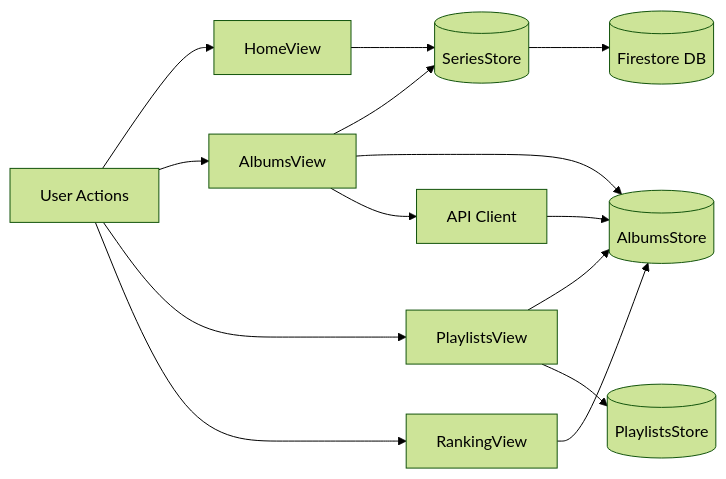
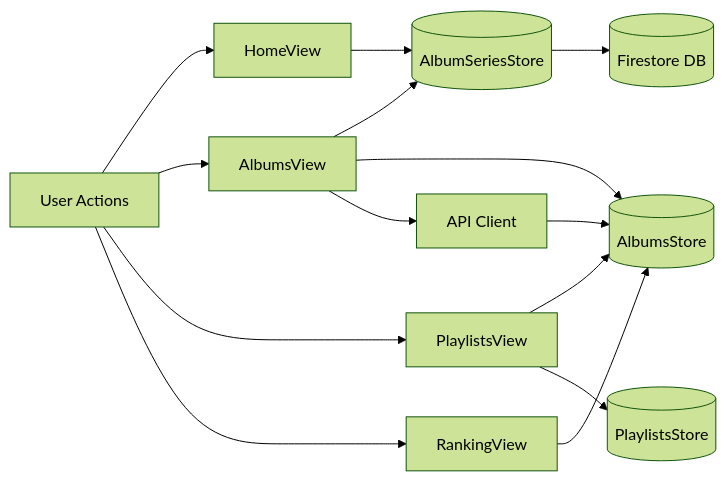
One commit to maujrp99/MJRP_AlbumsBalancedPlaylists_v0 changed the first of 6 diagrams in docs/technical/data_flow_architecture.md. Above: the diagram before and after it, drawn with Mermaid (forest theme). The commit also changed other lines of this file, not shown here.

First line of the commit message:
docs: Update data_flow_architecture with AlbumSeriesStore nomenclature

````diff
--- a/docs/technical/data_flow_architecture.md
+++ b/docs/technical/data_flow_architecture.md
@@ -10,32 +12,32 @@
 ```mermaid
 graph LR
     User[User Actions]
     HomeView[HomeView]
     AlbumsView[AlbumsView]
     PlaylistsView[PlaylistsView]
     RankingView[RankingView]
     
-    SeriesStore[(SeriesStore)]
+    AlbumSeriesStore[(AlbumSeriesStore)]
     AlbumsStore[(AlbumsStore)]
     PlaylistsStore[(PlaylistsStore)]
     
     API[API Client]
     Firestore[(Firestore DB)]
     
     User --> HomeView
     User --> AlbumsView
     User --> PlaylistsView
     User --> RankingView
     
-    HomeView --> SeriesStore
-    AlbumsView --> SeriesStore
+    HomeView --> AlbumSeriesStore
+    AlbumsView --> AlbumSeriesStore
     AlbumsView --> AlbumsStore
     AlbumsView --> API
     
     PlaylistsView --> AlbumsStore
     PlaylistsView --> PlaylistsStore
     RankingView --> AlbumsStore
     
     API --> AlbumsStore
-    SeriesStore --> Firestore
+    AlbumSeriesStore --> Firestore
 ```
````
